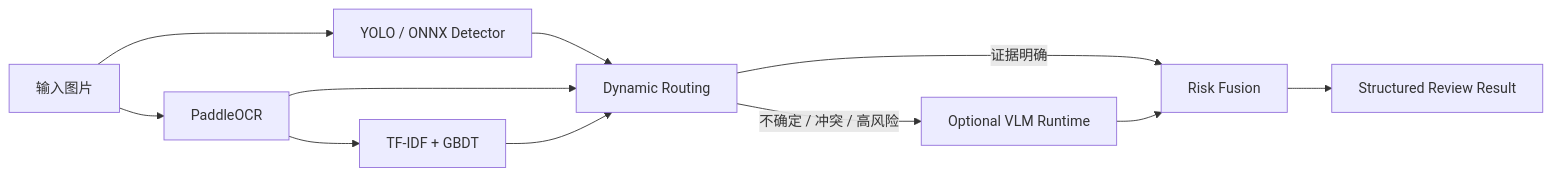
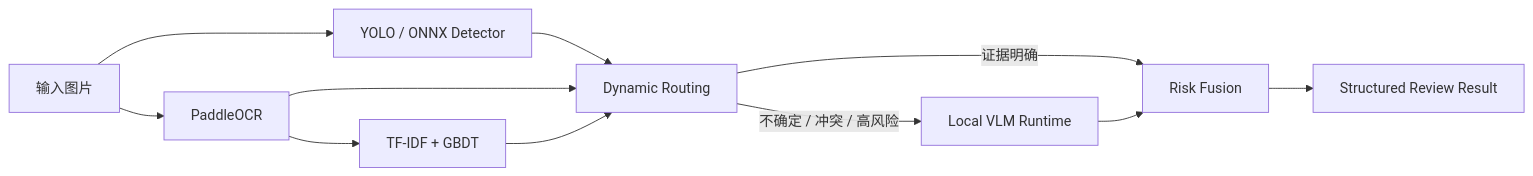
One commit to qdjia/VisionGuard changed the diagram in README.md. Above: the diagram before and after it, drawn with Mermaid. The commit also changed other lines of this file and 36 other files, not shown here.

````diff
--- a/README.md
+++ b/README.md
@@ -66,13 +60,13 @@
 ```mermaid
 flowchart LR
     I[输入图片] --> D[YOLO / ONNX Detector]
     I --> O[PaddleOCR]
     O --> B[TF-IDF + GBDT]
     D --> R[Dynamic Routing]
     O --> R
     B --> R
     R -->|证据明确| F[Risk Fusion]
-    R -->|不确定 / 冲突 / 高风险| V[Optional VLM Runtime]
+    R -->|不确定 / 冲突 / 高风险| V[Local VLM Runtime]
     V --> F
     F --> J[Structured Review Result]
 ```
````
